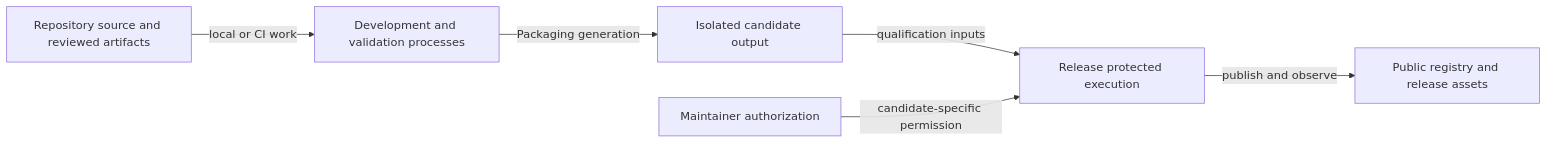
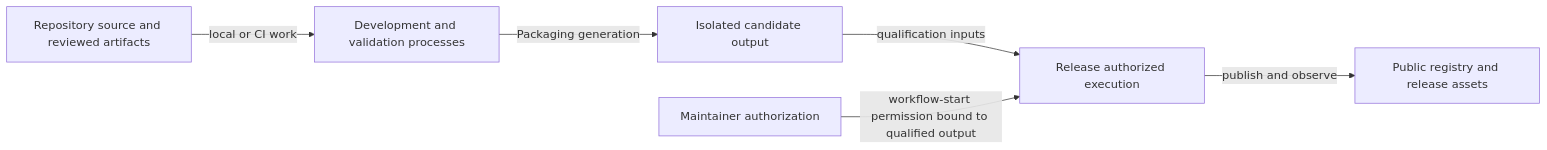
The fifth of 7 diagrams in design/support/development.md (xiongxianfei/rigorloop), drawn with Mermaid before and after one commit. The commit also changed other lines of this file and 108 other files, not shown here.

Commit message:
Publish qualified releases from authorized workflow starts (#207)

````diff
--- a/design/support/development.md
+++ b/design/support/development.md
@@ -130,8 +130,8 @@
 ```mermaid
 flowchart LR
     Repo["Repository source and reviewed artifacts"] -->|"local or CI work"| Dev["Development and validation processes"]
     Dev -->|"Packaging generation"| Candidates["Isolated candidate output"]
-    Candidates -->|"qualification inputs"| Protected["Release protected execution"]
-    Approval["Maintainer authorization"] -->|"candidate-specific permission"| Protected
+    Candidates -->|"qualification inputs"| Protected["Release authorized execution"]
+    Approval["Maintainer authorization"] -->|"workflow-start permission bound to qualified output"| Protected
     Protected -->|"publish and observe"| Public["Public registry and release assets"]
 ```
````
